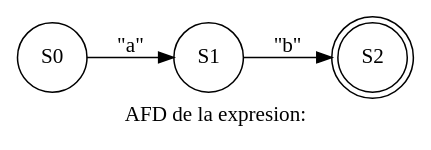
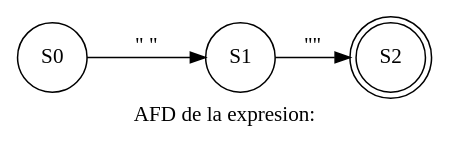
Before and after one commit to elimazariegosr/OLC1_Proyecto1_201709426: the diagram in OLC_Proyecto1_201709426/bin/Debug/afd_e1.dot, drawn with Graphviz. The commit also changed 90 other files, not shown here.

```diff
--- a/OLC_Proyecto1_201709426/bin/Debug/afd_e1.dot
+++ b/OLC_Proyecto1_201709426/bin/Debug/afd_e1.dot
@@ -1,11 +1,12 @@
 digraph dot{
 rankdir=LR;
  node[shape="circle"];
 label = "AFD de la expresion:";
 S0[label = "S0"];
-S0->S1[label="\"a\""];
+S0->S1[label="\"	\""];
 S1[label = "S1"];
-S1->S2[label="\"b\""];
+S1->S2[label="\"
+\""];
 S2[shape = "doublecircle"];S2[label = "S2"];
 
 }
```
